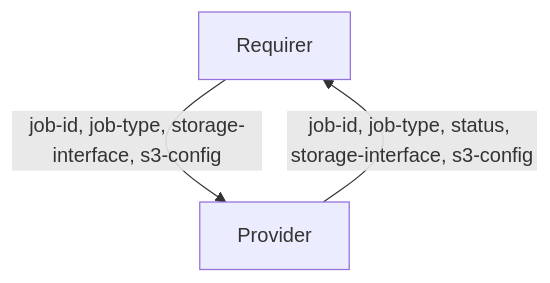
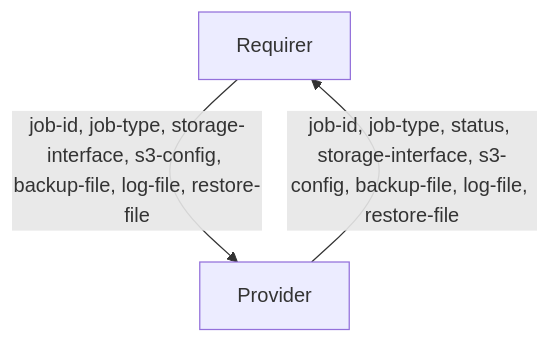
Before and after one commit to canonical/charm-relation-interfaces: the diagram in interfaces/database_backup_manager/v0/README.md, drawn with Mermaid. The commit also changed other lines of this file and 2 other files, not shown here.

Commit message:
Modify spec to reference the S3 spec for s3-config

````diff
--- a/interfaces/database_backup_manager/v0/README.md
+++ b/interfaces/database_backup_manager/v0/README.md
@@ -14,5 +14,5 @@
 ```mermaid
 flowchart TD
-    Requirer -- job-id, job-type, storage-interface, s3-config --> Provider
-    Provider -- job-id, job-type, status, storage-interface, s3-config --> Requirer
+    Requirer -- job-id, job-type, storage-interface, s3-config, backup-file, log-file, restore-file --> Provider
+    Provider -- job-id, job-type, status, storage-interface, s3-config, backup-file, log-file, restore-file --> Requirer
 ```
````
